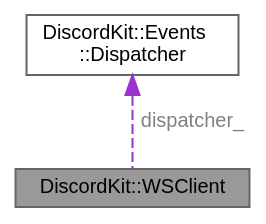
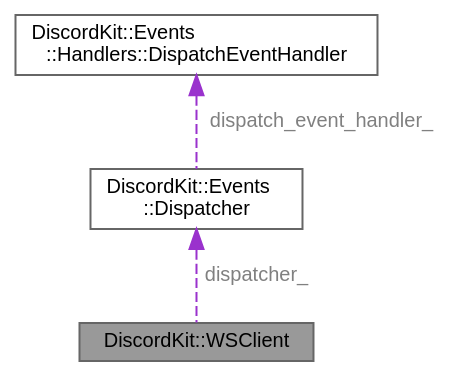
One commit to nikooozzz/DiscordKit changed the diagram in d7/d1f/classDiscordKit_1_1WSClient__coll__graph.dot. Above: the diagram before and after it, drawn with Graphviz. The commit also changed 198 other files, not shown here.

Commit message:
Deploying to gh-pages from @ nikooozzz/DiscordKit@cfc273f1e1e5936f612e0feb3cd213875df90022 🚀

```diff
--- a/d7/d1f/classDiscordKit_1_1WSClient__coll__graph.dot
+++ b/d7/d1f/classDiscordKit_1_1WSClient__coll__graph.dot
@@ -1,10 +1,12 @@
 digraph "DiscordKit::WSClient"
 {
  // LATEX_PDF_SIZE
   bgcolor="transparent";
   edge [fontname=Helvetica,fontsize=10,labelfontname=Helvetica,labelfontsize=10];
   node [fontname=Helvetica,fontsize=10,shape=box,height=0.2,width=0.4];
   Node1 [id="Node000001",label="DiscordKit::WSClient",height=0.2,width=0.4,color="gray40", fillcolor="grey60", style="filled", fontcolor="black",tooltip="This class handles a WebSocket connection."];
   Node2 -> Node1 [id="edge1_Node000001_Node000002",dir="back",color="darkorchid3",style="dashed",tooltip=" ",label=" dispatcher_",fontcolor="grey" ];
-  Node2 [id="Node000002",label="DiscordKit::Events\l::Dispatcher",height=0.2,width=0.4,color="gray40", fillcolor="white", style="filled",URL="$d8/d82/classDiscordKit_1_1Events_1_1Dispatcher.html",tooltip=" "];
+  Node2 [id="Node000002",label="DiscordKit::Events\l::Dispatcher",height=0.2,width=0.4,color="gray40", fillcolor="white", style="filled",URL="$d8/d82/classDiscordKit_1_1Events_1_1Dispatcher.html",tooltip="Handler class for mapping and directing incoming events to respective callbacks."];
+  Node3 -> Node2 [id="edge2_Node000002_Node000003",dir="back",color="darkorchid3",style="dashed",tooltip=" ",label=" dispatch_event_handler_",fontcolor="grey" ];
+  Node3 [id="Node000003",label="DiscordKit::Events\l::Handlers::DispatchEventHandler",height=0.2,width=0.4,color="gray40", fillcolor="white", style="filled",URL="$dc/de4/classDiscordKit_1_1Events_1_1Handlers_1_1DispatchEventHandler.html",tooltip="Mapping tool for Dispatch Events (Opcode 0) and their callbacks."];
 }
```
